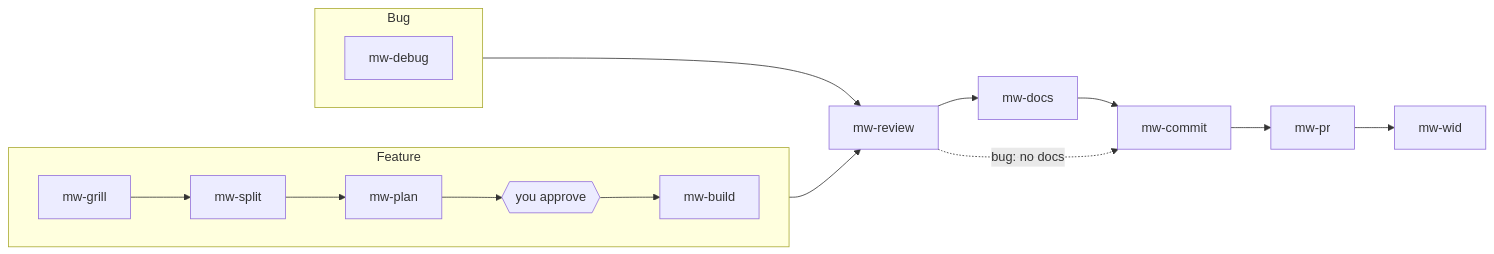
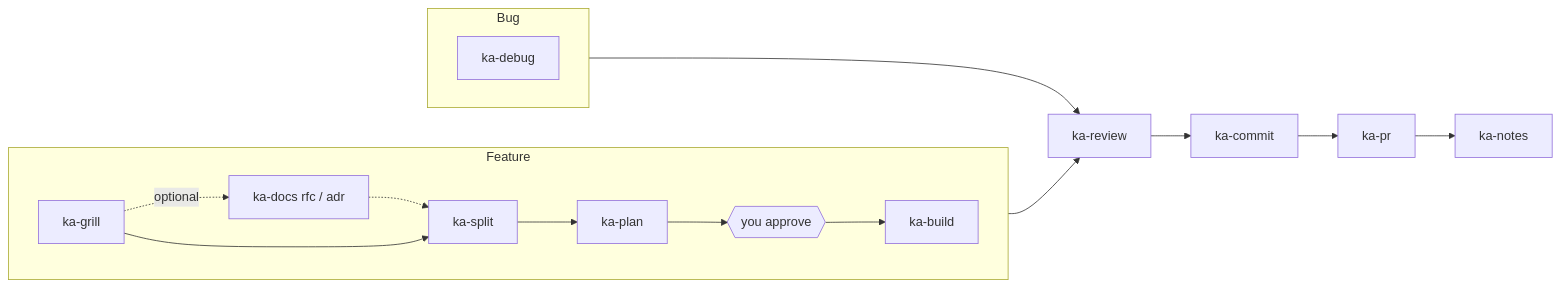
One commit to NowackiKuba/kansoo changed the diagram in README.md. Above: the diagram before and after it, drawn with Mermaid. The commit also changed other lines of this file and 1 other file, not shown here.

````diff
--- a/README.md
+++ b/README.md
@@ -33,15 +35,15 @@
 ```mermaid
 flowchart LR
   subgraph Feature
     direction LR
-    grill[mw-grill] --> split[mw-split] --> plan[mw-plan] --> approve{{you approve}} --> build[mw-build]
+    grill[ka-grill] -. optional .-> docs[ka-docs rfc / adr] -.-> split
+    grill --> split[ka-split] --> plan[ka-plan] --> approve{{you approve}} --> build[ka-build]
   end
   subgraph Bug
     direction LR
-    debug[mw-debug]
+    debug[ka-debug]
   end
-  build --> review[mw-review]
+  build --> review[ka-review]
   debug --> review
-  review --> docs[mw-docs] --> commit[mw-commit] --> pr[mw-pr] --> wid[mw-wid]
-  review -. bug: no docs .-> commit
+  review --> commit[ka-commit] --> pr[ka-pr] --> notes[ka-notes]
 ```
````
